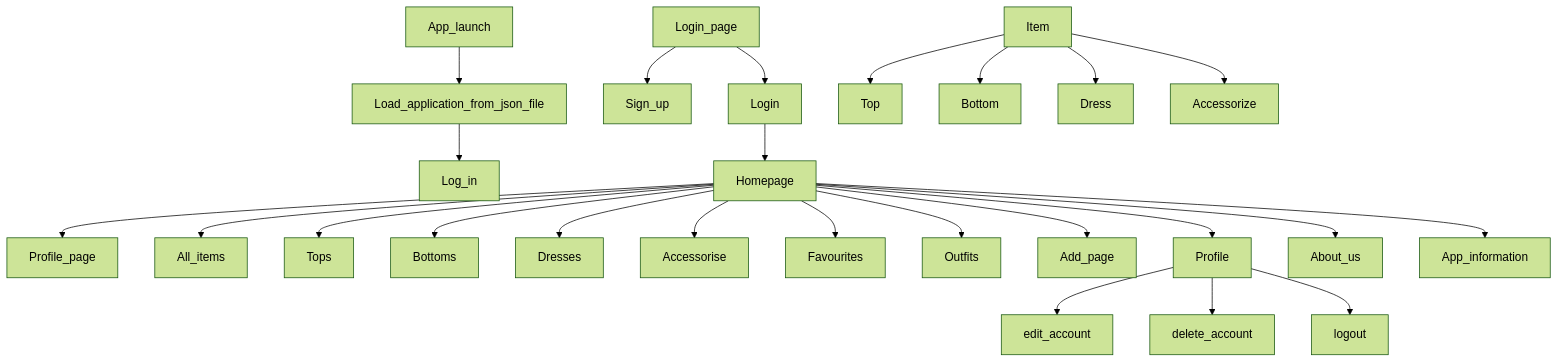
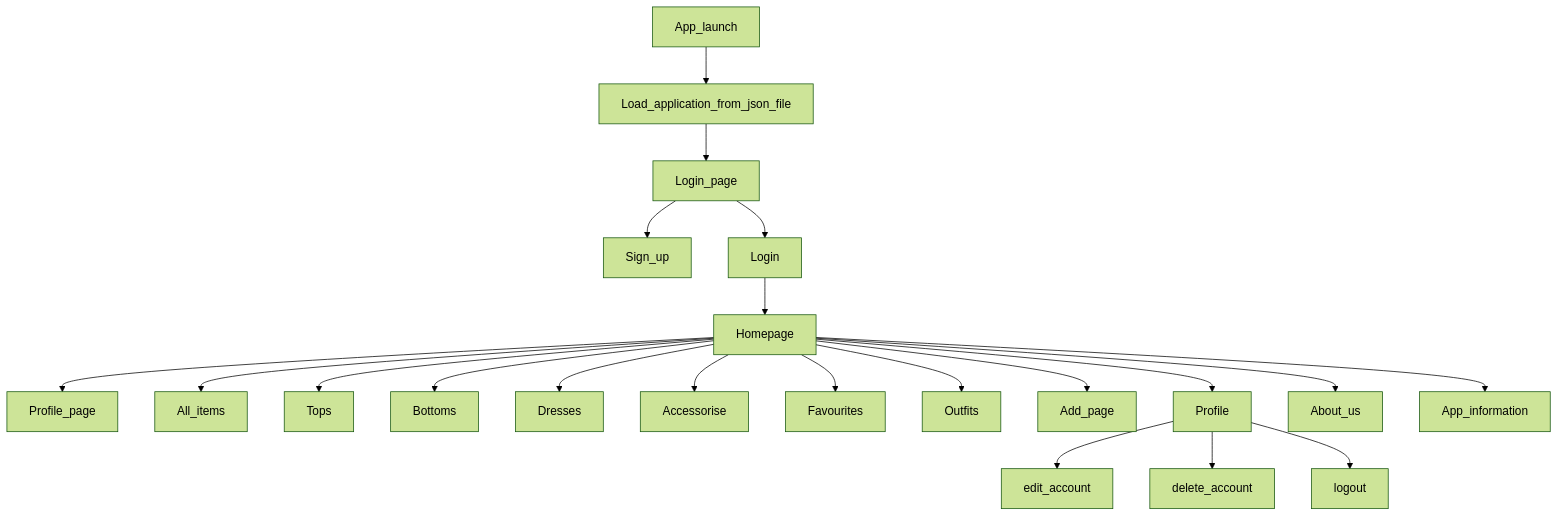
The diagram in readme.md (IreneAvezzu/test_), drawn with Mermaid (forest theme) before and after one commit.

````diff
--- a/readme.md
+++ b/readme.md
@@ -5,28 +5,23 @@
 ```mermaid
 graph TD;
   App_launch-->Load_application_from_json_file;
-  Load_application_from_json_file-->Log_in;
+  Load_application_from_json_file-->Login_page;
   Login_page-->Sign_up;
   Login_page-->Login;
   Login-->Homepage;
   Homepage-->Profile_page;
   Homepage-->All_items;
   Homepage-->Tops;
   Homepage-->Bottoms;
   Homepage-->Dresses;
   Homepage-->Accessorise;
   Homepage-->Favourites;
   Homepage-->Outfits;
   Homepage-->Add_page;
   Homepage-->Profile;
   Homepage-->About_us;
   Homepage-->App_information;
   Profile-->edit_account;
   Profile-->delete_account;
   Profile-->logout;
-  
-  Item-->Top;
-  Item-->Bottom;
-  Item-->Dress;
-  Item-->Accessorize;
 ```
````
